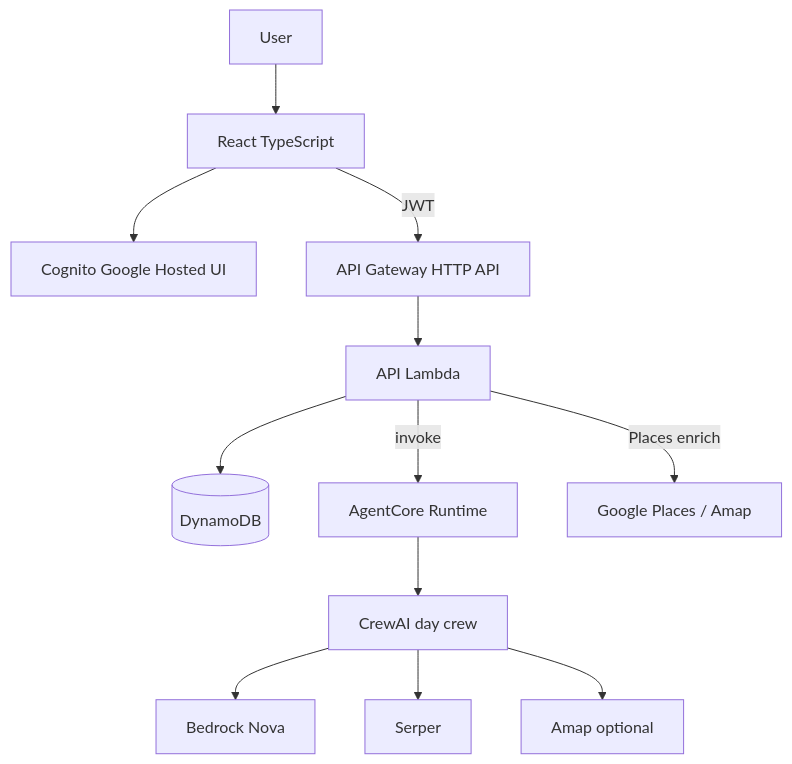
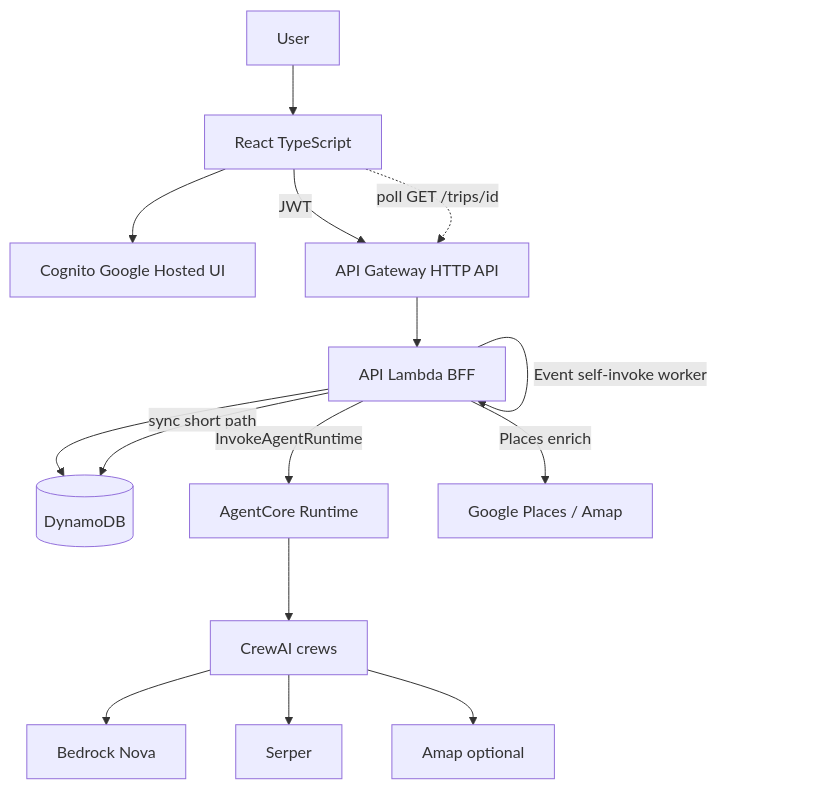
The first of 2 diagrams in README.md (YukiUmetsu/vacation-planner-crewai), drawn with Mermaid before and after one commit. The commit also changed other lines of this file and 9 other files, not shown here.

````diff
--- a/README.md
+++ b/README.md
@@ -85,14 +91,17 @@
 ```mermaid
 flowchart TB
   user[User] --> spa[React TypeScript]
   spa --> cognito[Cognito Google Hosted UI]
   spa -->|"JWT"| apigw[API Gateway HTTP API]
-  apigw --> api[API Lambda]
+  apigw --> api[API Lambda BFF]
   api --> ddb[(DynamoDB)]
-  api -->|"invoke"| runtime[AgentCore Runtime]
-  runtime --> crew[CrewAI day crew]
-  crew --> bedrock[Bedrock Nova]
-  crew --> serper[Serper]
-  crew --> amap[Amap optional]
+  spa -.->|"poll GET /trips/id"| apigw
+  api -->|"sync short path"| ddb
+  api -->|"Event self-invoke worker"| api
+  api -->|"InvokeAgentRuntime"| runtime[AgentCore Runtime]
+  runtime --> crews[CrewAI crews]
+  crews --> bedrock[Bedrock Nova]
+  crews --> serper[Serper]
+  crews --> amap[Amap optional]
   api -->|"Places enrich"| googlePlaces[Google Places / Amap]
 ```
````
